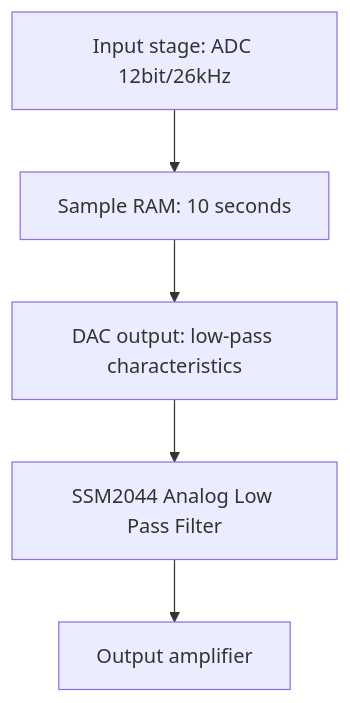
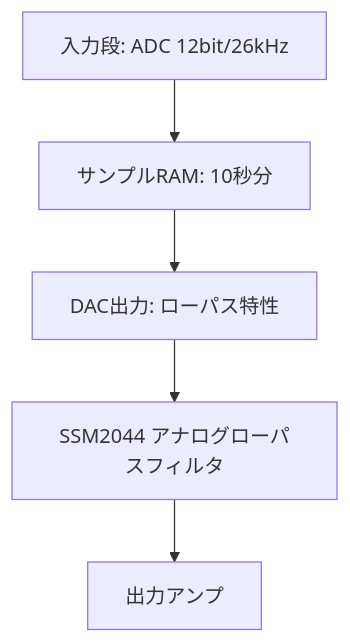
Before and after one commit to monumental-movement/monumental-movement.github.io: the fourth of 21 diagrams in en/_posts/2025-11-20-column-akai-mpc-60-emu-sp1200.md, drawn with Mermaid. The commit also changed other lines of this file and 2196 other files, not shown here.

```diff
--- a/en/_posts/2025-11-20-column-akai-mpc-60-emu-sp1200.md
+++ b/en/_posts/2025-11-20-column-akai-mpc-60-emu-sp1200.md
@@ -273,9 +273,9 @@
 <div class="mermaid">
     
 flowchart TD
-    A["Input stage: ADC 12bit/26kHz"] --> B["Sample RAM: 10 seconds"]
-    B --> C["DAC output: low-pass characteristics"]
-    C --> D["SSM2044 Analog Low Pass Filter"]
-    D --> E["Output amplifier"]
+    A["入力段: ADC 12bit/26kHz"] --> B["サンプルRAM: 10秒分"]
+    B --> C["DAC出力: ローパス特性"]
+    C --> D["SSM2044 アナログローパスフィルタ"]
+    D --> E["出力アンプ"]
 
 </div> 
```
